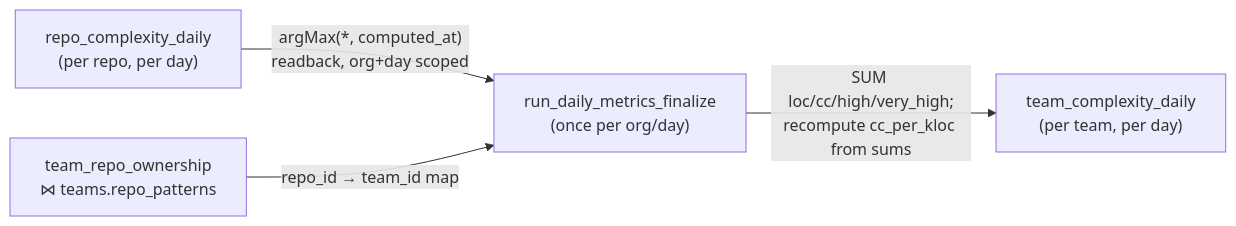
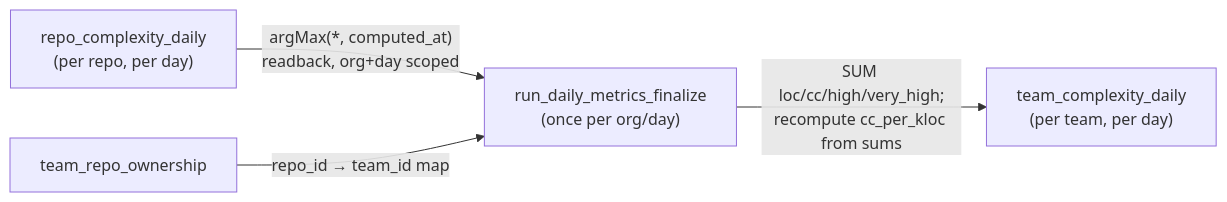
Before and after one commit to full-chaos/dev-health-ops: the ninth of 9 diagrams in docs/contribute/architecture/team-attribution.md, drawn with Mermaid. The commit also changed other lines of this file and 2 other files, not shown here.

First line of the commit message:
test(metrics): CHAOS-4801 owner-only cells for team_cognitive_load, team_complexity, compounding_risk_team; docs

````diff
--- a/docs/contribute/architecture/team-attribution.md
+++ b/docs/contribute/architecture/team-attribution.md
@@ -3973,6 +3973,6 @@
 ```mermaid
 flowchart LR
     RCD["repo_complexity_daily\n(per repo, per day)"] -->|"argMax(*, computed_at)\nreadback, org+day scoped"| FIN
-    TRO["team_repo_ownership\n⋈ teams.repo_patterns"] -->|"repo_id → team_id map"| FIN
+    TRO["team_repo_ownership"] -->|"repo_id → team_id map"| FIN
     FIN["run_daily_metrics_finalize\n(once per org/day)"] -->|"SUM loc/cc/high/very_high;\nrecompute cc_per_kloc from sums"| TCD["team_complexity_daily\n(per team, per day)"]
 ```
````
